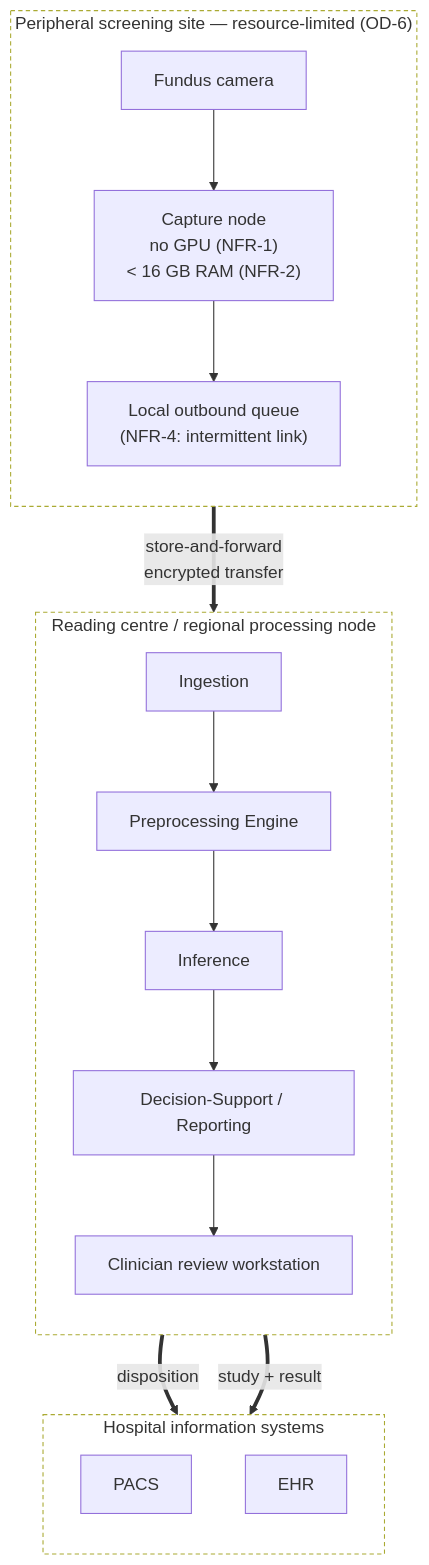
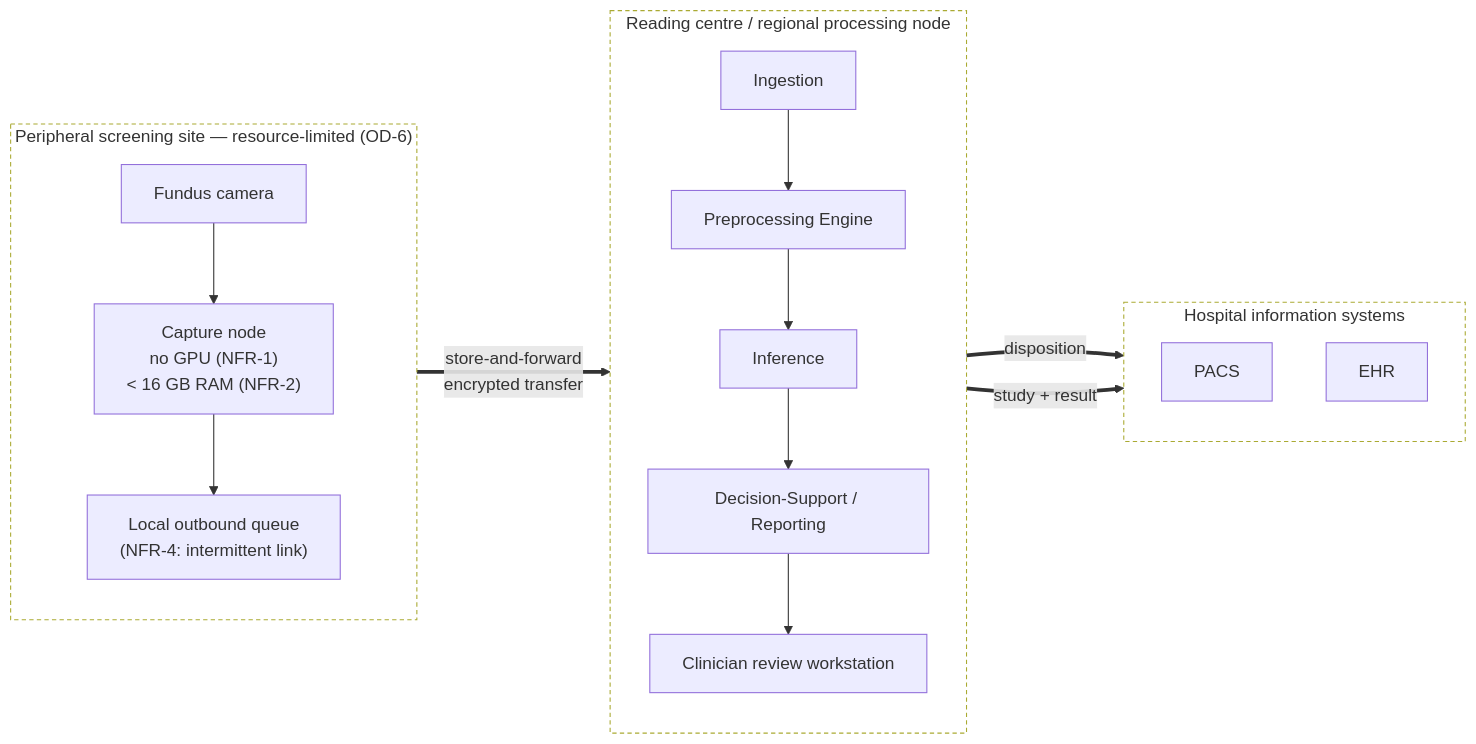
The second of 4 diagrams in thesis/chapters/08-appendices/drafts/C-draft.md (yesmukhamedov/dissertation-project), drawn with Mermaid before and after one commit. The commit also changed other lines of this file and 18 other files, not shown here.

First line of the commit message:
Re-export: render Mermaid, fix appendix asset markers, build both editions

````diff
--- a/thesis/chapters/08-appendices/drafts/C-draft.md
+++ b/thesis/chapters/08-appendices/drafts/C-draft.md
@@ -77,33 +77,33 @@
 ```mermaid
-flowchart TB
+flowchart LR
   subgraph PERIPH["Peripheral screening site — resource-limited (OD-6)"]
     direction TB
     P_CAM["Fundus camera"]
     P_NODE["Capture node<br/>no GPU (NFR-1)<br/>&lt; 16 GB RAM (NFR-2)"]
     P_Q["Local outbound queue<br/>(NFR-4: intermittent link)"]
     P_CAM --> P_NODE --> P_Q
   end
 
   subgraph CENTRE["Reading centre / regional processing node"]
     direction TB
     C_ING["Ingestion"]
     C_PRE["Preprocessing Engine"]
     C_INF["Inference"]
     C_REP["Decision-Support / Reporting"]
     C_UI["Clinician review workstation"]
     C_ING --> C_PRE --> C_INF --> C_REP --> C_UI
   end
 
   subgraph HOSP["Hospital information systems"]
     direction TB
     H_PACS["PACS"]
     H_EHR["EHR"]
   end
 
   P_Q ==>|"store-and-forward<br/>encrypted transfer"| C_ING
   C_UI ==>|"disposition"| H_EHR
   C_REP ==>|"study + result"| H_PACS
 
   classDef bound fill:none,stroke-dasharray:4 3;
   class PERIPH,CENTRE,HOSP bound;
 ```
````
